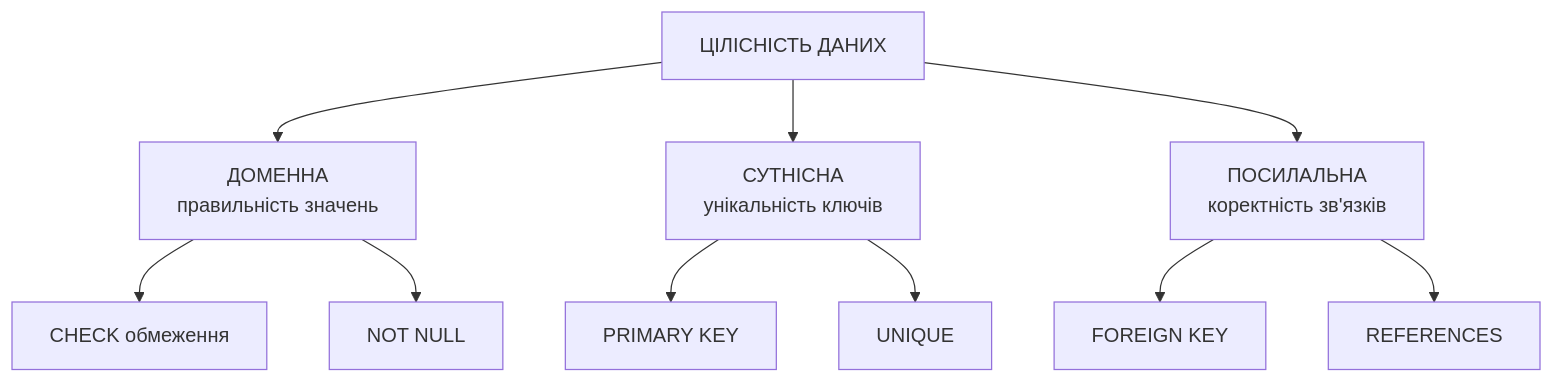
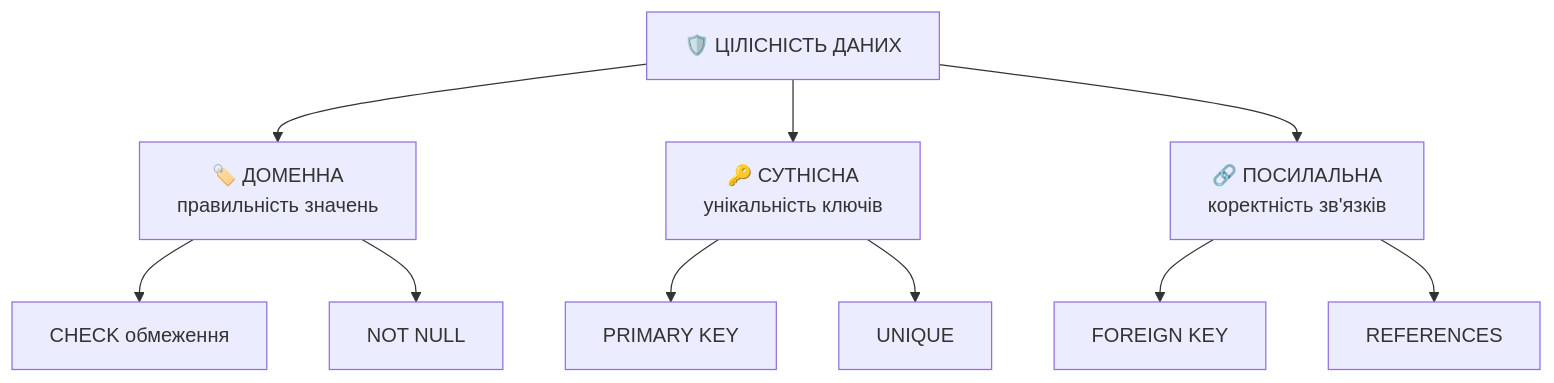
One commit to olroi421/course-bd changed the second of 7 diagrams in docs/presentations/presentation-04.md. Above: the diagram before and after it, drawn with Mermaid. The commit also changed other lines of this file and 1 other file, not shown here.

````diff
--- a/docs/presentations/presentation-04.md
+++ b/docs/presentations/presentation-04.md
@@ -250,15 +250,15 @@
 ```mermaid
 graph TD
-    A[ЦІЛІСНІСТЬ ДАНИХ] --> B[ДОМЕННА<br/>правильність значень]
-    A --> C[СУТНІСНА<br/>унікальність ключів]
-    A --> D[ПОСИЛАЛЬНА<br/>коректність зв'язків]
+    A[🛡️ ЦІЛІСНІСТЬ ДАНИХ] --> B[🏷️ ДОМЕННА<br/>правильність значень]
+    A --> C[🔑 СУТНІСНА<br/>унікальність ключів]
+    A --> D[🔗 ПОСИЛАЛЬНА<br/>коректність зв'язків]
 
     B --> E[CHECK обмеження]
     B --> F[NOT NULL]
 
     C --> G[PRIMARY KEY]
     C --> H[UNIQUE]
 
     D --> I[FOREIGN KEY]
     D --> J[REFERENCES]
 ```
````
